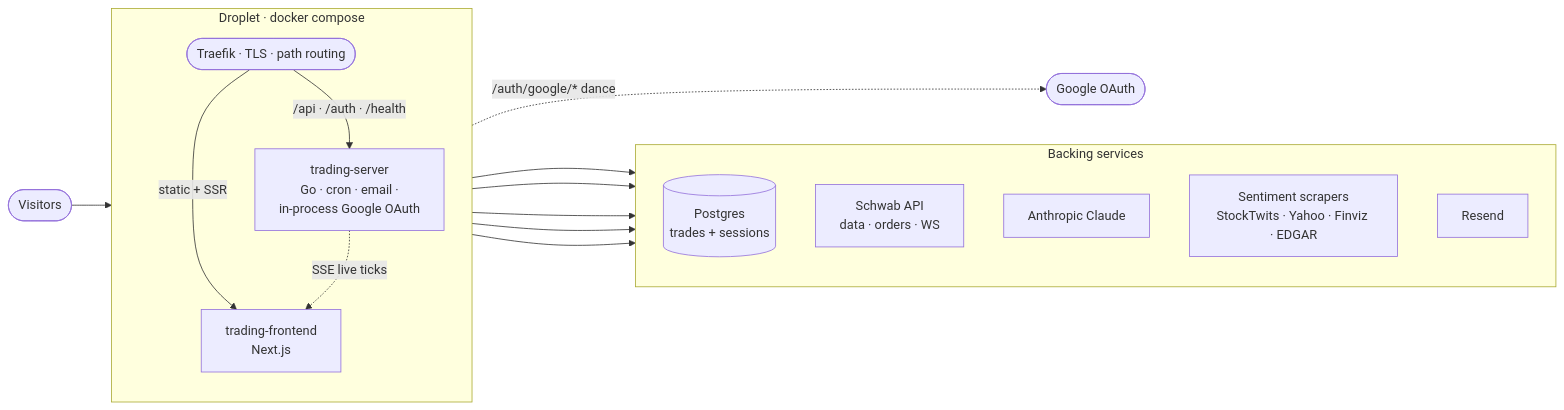
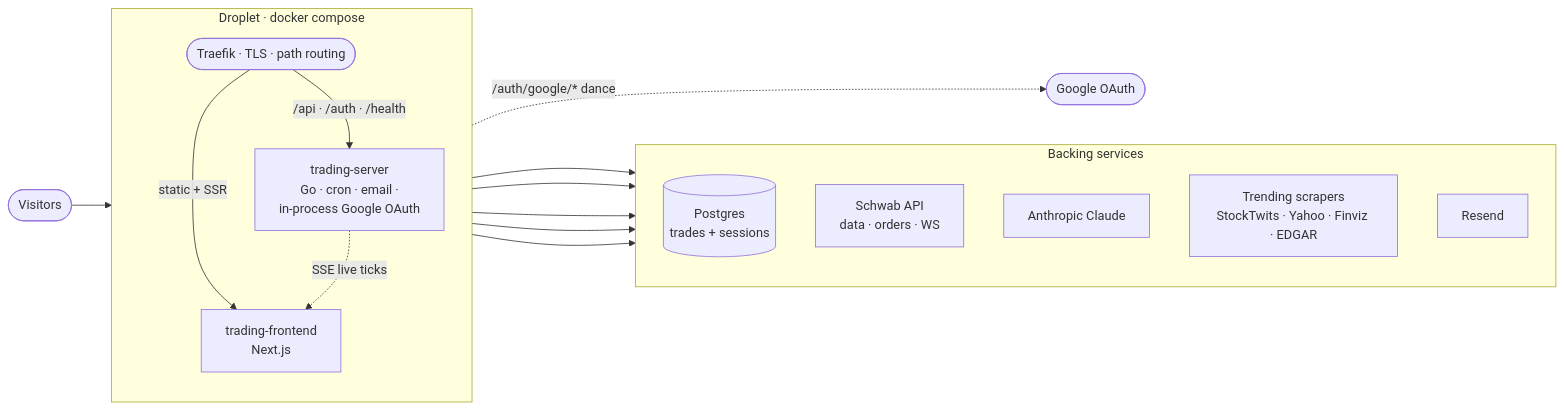
One commit to JayceBordelon/vibetradez.com changed the first of 2 diagrams in README.md. Above: the diagram before and after it, drawn with Mermaid. The commit also changed other lines of this file, not shown here.

Commit message:
Refresh README architecture diagram after sentiment removal
The architecture diagram + prose still called the signal scrapers
"sentiment scrapers". Sentiment was retired; the scrapers now yield
trending tickers + mention counts only. Relabel to "Trending scrapers" /
"trending-ticker scrapers". Lifecycle diagram and crons verified current,
no change. The internal/sentiment/ path stays (real directory name).

````diff
--- a/README.md
+++ b/README.md
@@ -13,33 +13,33 @@
 ```mermaid
 flowchart LR
     User(["Visitors"])
     Google(["Google OAuth"])
 
     subgraph Droplet["Droplet · docker compose"]
       direction TB
       Traefik(["Traefik · TLS · path routing"])
       TF["trading-frontend<br/>Next.js"]
       TS["trading-server<br/>Go · cron · email ·<br/>in-process Google OAuth"]
     end
 
     subgraph Backing["Backing services"]
       direction TB
       DB[("Postgres<br/>trades + sessions")]
       Schwab["Schwab API<br/>data · orders · WS"]
       Claude["Anthropic Claude"]
-      Signals["Sentiment scrapers<br/>StockTwits · Yahoo · Finviz · EDGAR"]
+      Signals["Trending scrapers<br/>StockTwits · Yahoo · Finviz · EDGAR"]
       Resend["Resend"]
     end
 
     User --> Traefik
     Traefik -->|"static + SSR"| TF
     Traefik -->|"/api · /auth · /health"| TS
     TS -.->|"SSE live ticks"| TF
     TS -.->|"/auth/google/* dance"| Google
 
     TS --> DB
     TS --> Schwab
     TS --> Claude
     TS --> Signals
     TS --> Resend
 ```
````
